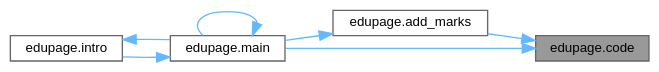
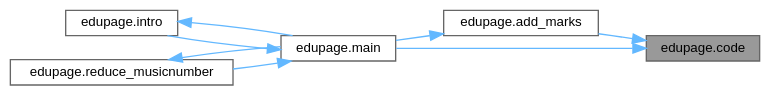
One commit to GrenManSK/ZnamE changed the diagram in d0/d52/namespaceedupage_a8cda85c4ec08c9ac94a9f7b99dd13168_icgraph.dot. Above: the diagram before and after it, drawn with Graphviz. The commit also changed 385 other files, not shown here.

```diff
--- a/d0/d52/namespaceedupage_a8cda85c4ec08c9ac94a9f7b99dd13168_icgraph.dot
+++ b/d0/d52/namespaceedupage_a8cda85c4ec08c9ac94a9f7b99dd13168_icgraph.dot
@@ -1,18 +1,20 @@
 digraph "edupage.code"
 {
  // LATEX_PDF_SIZE
   bgcolor="transparent";
   edge [fontname=Helvetica,fontsize=10,labelfontname=Helvetica,labelfontsize=10];
   node [fontname=Helvetica,fontsize=10,shape=box,height=0.2,width=0.4];
   rankdir="RL";
   Node1 [label="edupage.code",height=0.2,width=0.4,color="gray40", fillcolor="grey60", style="filled", fontcolor="black",tooltip=" "];
   Node1 -> Node2 [dir="back",color="steelblue1",style="solid"];
   Node2 [label="edupage.add_marks",height=0.2,width=0.4,color="grey40", fillcolor="white", style="filled",URL="$d0/d52/namespaceedupage.html#a21f2f303ad4d1e33a43bd2b8207130a4",tooltip=" "];
   Node2 -> Node3 [dir="back",color="steelblue1",style="solid"];
-  Node3 [label="edupage.main",height=0.2,width=0.4,color="grey40", fillcolor="white", style="filled",URL="$d0/d52/namespaceedupage.html#a119d208fce33ca55d6b605c22dbcd534",tooltip=" "];
+  Node3 [label="edupage.main",height=0.2,width=0.4,color="grey40", fillcolor="white", style="filled",URL="$d0/d52/namespaceedupage.html#a187508ee0d9f19d584a130cc5cba0c27",tooltip=" "];
   Node3 -> Node4 [dir="back",color="steelblue1",style="solid"];
   Node4 [label="edupage.intro",height=0.2,width=0.4,color="grey40", fillcolor="white", style="filled",URL="$d0/d52/namespaceedupage.html#a316dc71e49505324d14deee19eccd566",tooltip=" "];
   Node4 -> Node3 [dir="back",color="steelblue1",style="solid"];
-  Node3 -> Node3 [dir="back",color="steelblue1",style="solid"];
+  Node3 -> Node5 [dir="back",color="steelblue1",style="solid"];
+  Node5 [label="edupage.reduce_musicnumber",height=0.2,width=0.4,color="grey40", fillcolor="white", style="filled",URL="$d0/d52/namespaceedupage.html#a11c2d421fc103b70ae07e919a3929cd8",tooltip=" "];
+  Node5 -> Node3 [dir="back",color="steelblue1",style="solid"];
   Node1 -> Node3 [dir="back",color="steelblue1",style="solid"];
 }
```
